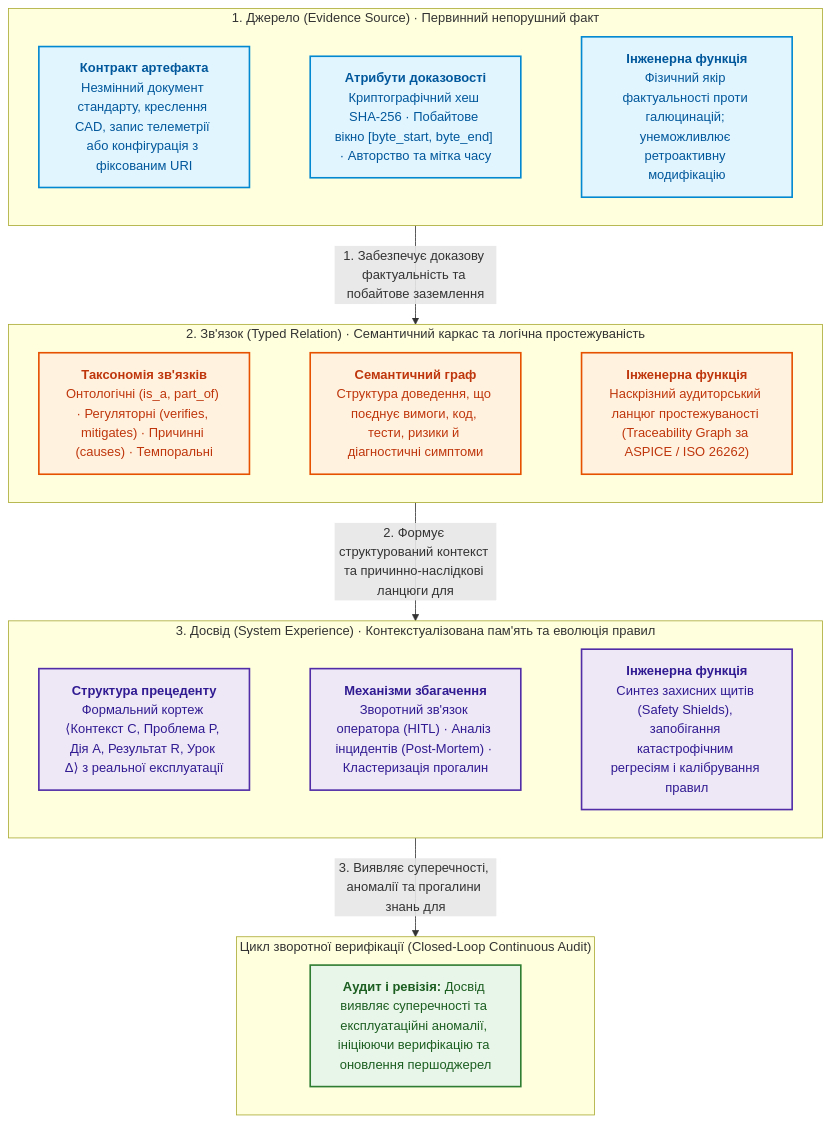
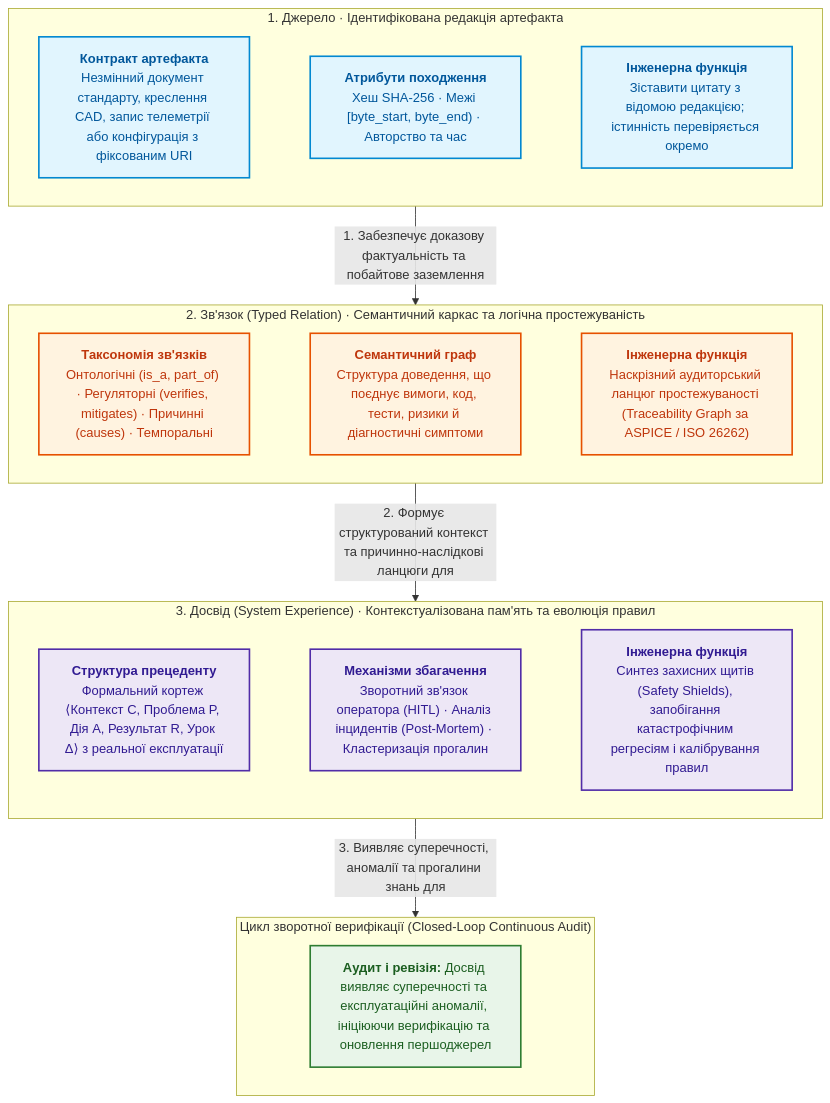
The sixth of 11 diagrams in ExpertSystem/ch04-evolution-from-bayes-to-evidence-ai.md (nick-fedchik/articles), drawn with Mermaid before and after one commit. The commit also changed other lines of this file and 19 other files, not shown here.

````diff
--- a/ExpertSystem/ch04-evolution-from-bayes-to-evidence-ai.md
+++ b/ExpertSystem/ch04-evolution-from-bayes-to-evidence-ai.md
@@ -759,48 +820,48 @@
 ```mermaid
 flowchart TD
     accTitle: Тріада знань доказової експертної системи
     accDescr: Джерело забезпечує фактологічну основу, зв'язок формує граф міркування, а досвід калібрує правила й запобігає регресіям через замкнений цикл аудиту.
 
-    subgraph S_BOX["1. Джерело (Evidence Source) · Первинний непорушний факт"]
+    subgraph S_BOX["1. Джерело · Ідентифікована редакція артефакта"]
         direction LR
         S1["<b>Контракт артефакта</b><br/>Незмінний документ стандарту, креслення CAD, запис телеметрії або конфігурація з фіксованим URI"]
-        S2["<b>Атрибути доказовості</b><br/>Криптографічний хеш SHA-256 · Побайтове вікно [byte_start, byte_end] · Авторство та мітка часу"]
-        S3["<b>Інженерна функція</b><br/>Фізичний якір фактуальності проти галюцинацій; унеможливлює ретроактивну модифікацію"]
+        S2["<b>Атрибути походження</b><br/>Хеш SHA-256 · Межі [byte_start, byte_end) · Авторство та час"]
+        S3["<b>Інженерна функція</b><br/>Зіставити цитату з відомою редакцією; істинність перевіряється окремо"]
         S1 ~~~ S2 ~~~ S3
     end
 
     subgraph R_BOX["2. Зв'язок (Typed Relation) · Семантичний каркас та логічна простежуваність"]
         direction LR
         R1["<b>Таксономія зв'язків</b><br/>Онтологічні (is_a, part_of) · Регуляторні (verifies, mitigates) · Причинні (causes) · Темпоральні"]
         R2["<b>Семантичний граф</b><br/>Структура доведення, що поєднує вимоги, код, тести, ризики й діагностичні симптоми"]
         R3["<b>Інженерна функція</b><br/>Наскрізний аудиторський ланцюг простежуваності (Traceability Graph за ASPICE / ISO 26262)"]
         R1 ~~~ R2 ~~~ R3
     end
 
     subgraph E_BOX["3. Досвід (System Experience) · Контекстуалізована пам'ять та еволюція правил"]
         direction LR
         E1["<b>Структура прецеденту</b><br/>Формальний кортеж ⟨Контекст C, Проблема P, Дія A, Результат R, Урок Δ⟩ з реальної експлуатації"]
         E2["<b>Механізми збагачення</b><br/>Зворотний зв'язок оператора (HITL) · Аналіз інцидентів (Post-Mortem) · Кластеризація прогалин"]
         E3["<b>Інженерна функція</b><br/>Синтез захисних щитів (Safety Shields), запобігання катастрофічним регресіям і калібрування правил"]
         E1 ~~~ E2 ~~~ E3
     end
 
     subgraph AUDIT_BOX["Цикл зворотної верифікації (Closed-Loop Continuous Audit)"]
         direction LR
         A1["<b>Аудит і ревізія:</b> Досвід виявляє суперечності та експлуатаційні аномалії, ініціюючи верифікацію та оновлення першоджерел"]
     end
 
     S_BOX -->|1. Забезпечує доказову фактуальність та побайтове заземлення| R_BOX
     R_BOX -->|2. Формує структурований контекст та причинно-наслідкові ланцюги для| E_BOX
     E_BOX -->|3. Виявляє суперечності, аномалії та прогалини знань для| AUDIT_BOX
 
     classDef src fill:#e1f5fe,stroke:#0288d1,stroke-width:2px,color:#01579b;
     classDef rel fill:#fff3e0,stroke:#e65100,stroke-width:2px,color:#bf360c;
     classDef exp fill:#ede7f6,stroke:#512da8,stroke-width:2px,color:#311b92;
     classDef aud fill:#e8f5e9,stroke:#2e7d32,stroke-width:2px,color:#1b5e20;
 
     class S1,S2,S3 src;
     class R1,R2,R3 rel;
     class E1,E2,E3 exp;
     class A1 aud;
 ```
````
